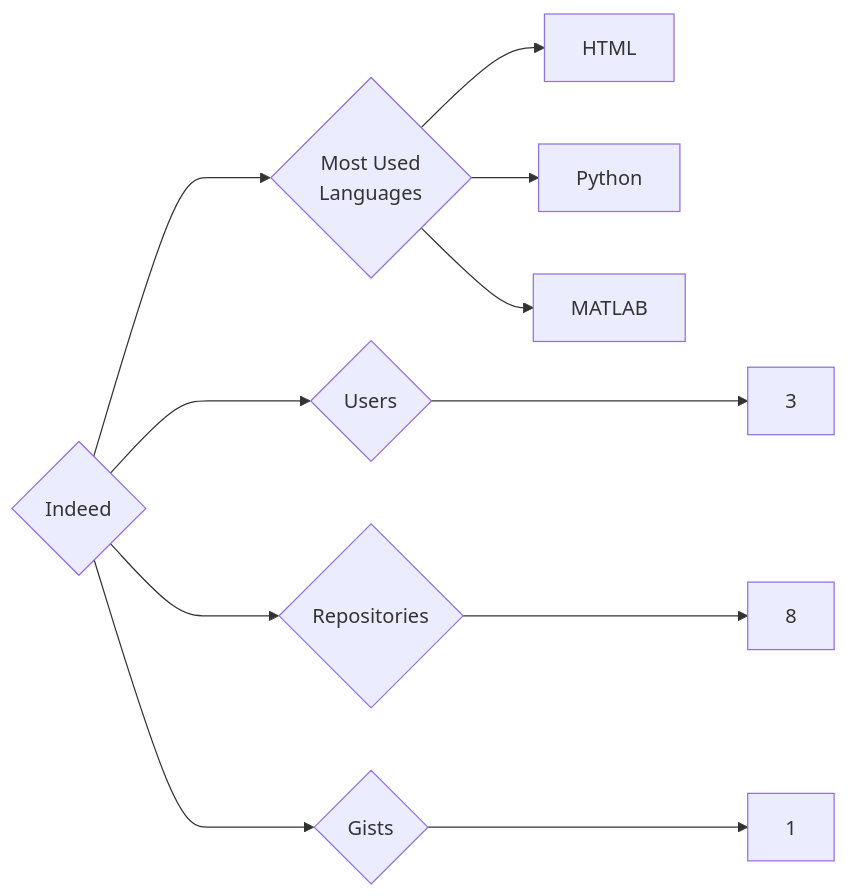
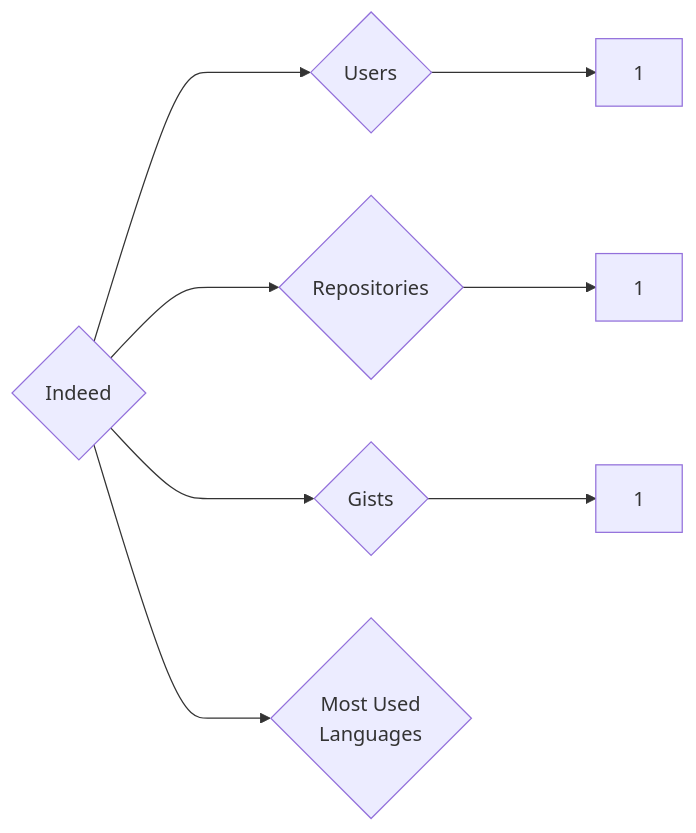
One commit to trickest/insiders changed the diagram in targets/Indeed/README.md. Above: the diagram before and after it, drawn with Mermaid. The commit also changed 1078 other files, not shown here.

````diff
--- a/targets/Indeed/README.md
+++ b/targets/Indeed/README.md
@@ -3,11 +3,8 @@
 ```mermaid
 graph LR
 COMPANY_NAME{Indeed}
-COMPANY_NAME ---> U{Users} ---> UN[3]
-COMPANY_NAME ---> R{Repositories} ---> RN[8]
+COMPANY_NAME ---> U{Users} ---> UN[1]
+COMPANY_NAME ---> R{Repositories} ---> RN[1]
 COMPANY_NAME ---> G{Gists} ---> GN[1]
 COMPANY_NAME ---> ML{Most Used<br>Languages}
-ML --> HTML[HTML]
-ML --> Python[Python]
-ML --> MATLAB[MATLAB]
 ```
````
